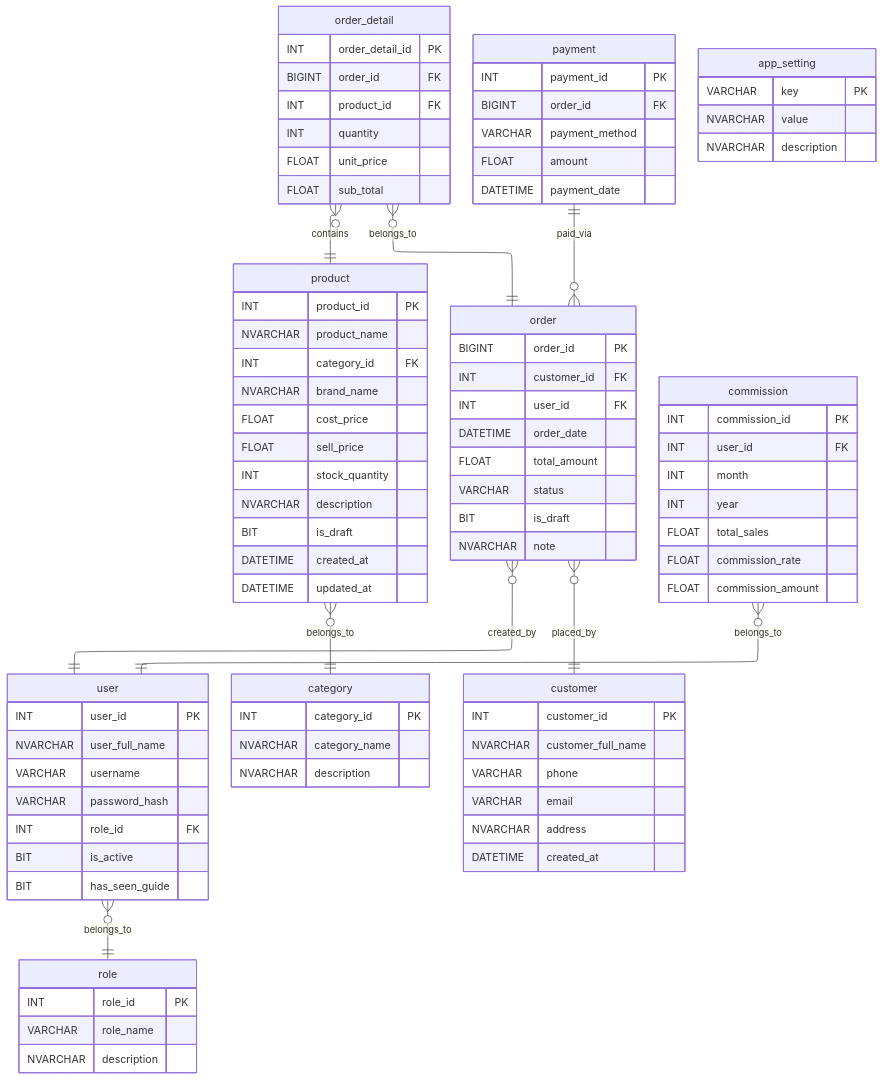
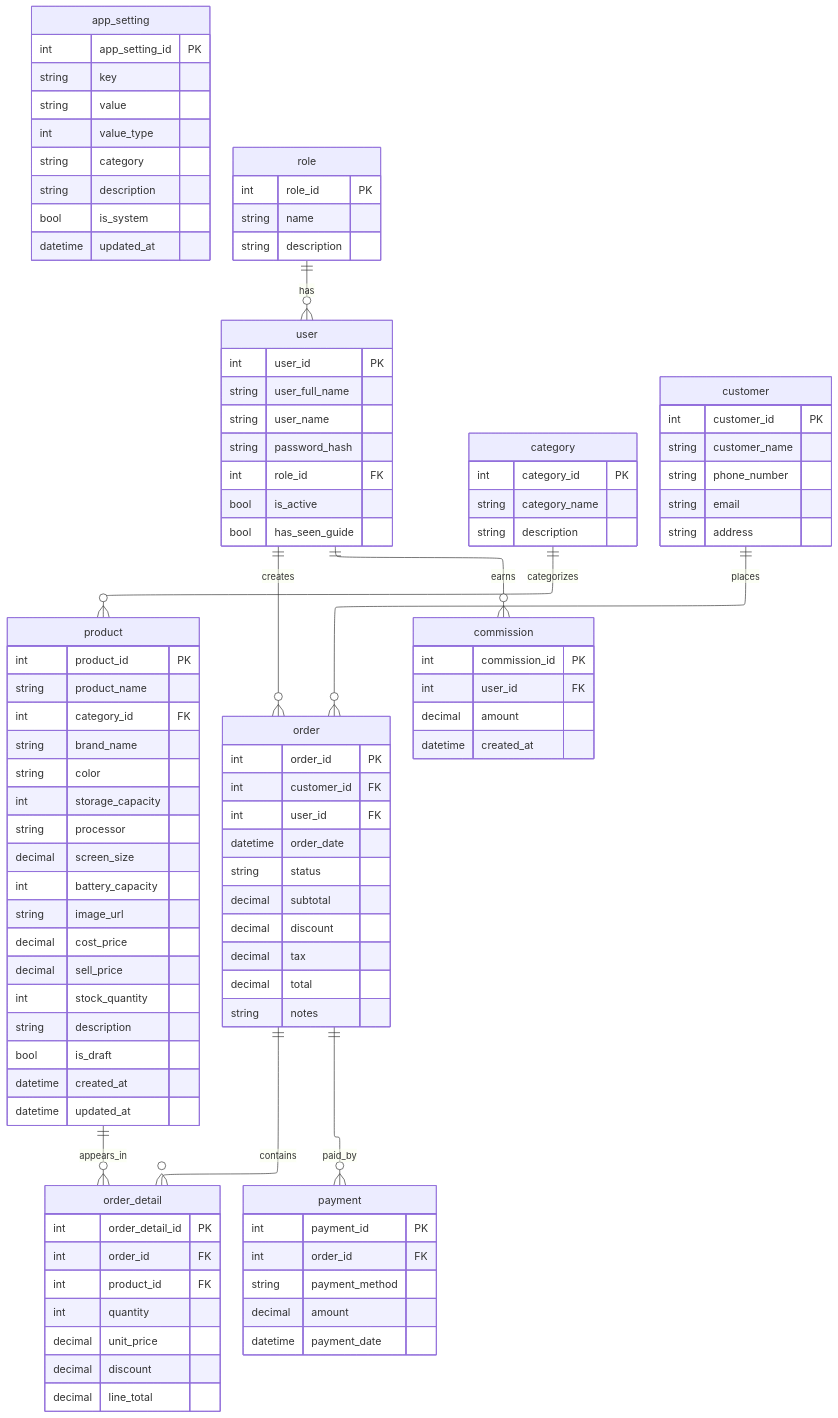
One commit to tranquocvy/window-shop-docs changed the diagram in design_docs/database_ERD.md. Above: the diagram before and after it, drawn with Mermaid. The commit also changed other lines of this file and 2 other files, not shown here.

Commit message:
update database

````diff
--- a/design_docs/database_ERD.md
+++ b/design_docs/database_ERD.md
@@ -5,93 +4,112 @@
   layout: elk
 ---
 erDiagram
+    app_setting {
+        int app_setting_id PK
+        string key
+        string value
+        int value_type
+        string category
+        string description
+        bool is_system
+        datetime updated_at
+    }
+
+    role {
+        int role_id PK
+        string name
+        string description
+    }
+
     user {
-        INT user_id PK
-        NVARCHAR user_full_name
-        VARCHAR username
-        VARCHAR password_hash
-        INT role_id FK
-        BIT is_active
-        BIT has_seen_guide
+        int user_id PK
+        string user_full_name
+        string user_name
+        string password_hash
+        int role_id FK
+        bool is_active
+        bool has_seen_guide
     }
-    role {
-        INT role_id PK
-        VARCHAR role_name
-        NVARCHAR description
+
+    category {
+        int category_id PK
+        string category_name
+        string description
     }
-    category {
-        INT category_id PK
-        NVARCHAR category_name
-        NVARCHAR description
+
+    product {
+        int product_id PK
+        string product_name
+        int category_id FK
+        string brand_name
+        string color
+        int storage_capacity
+        string processor
+        decimal screen_size
+        int battery_capacity
+        string image_url
+        decimal cost_price
+        decimal sell_price
+        int stock_quantity
+        string description
+        bool is_draft
+        datetime created_at
+        datetime updated_at
     }
-    product {
-        INT product_id PK
-        NVARCHAR product_name
-        INT category_id FK
-        NVARCHAR brand_name
-        FLOAT cost_price
-        FLOAT sell_price
-        INT stock_quantity
-        NVARCHAR description
-        BIT is_draft
-        DATETIME created_at
-        DATETIME updated_at
+
+    customer {
+        int customer_id PK
+        string customer_name
+        string phone_number
+        string email
+        string address
     }
-    customer {
-        INT customer_id PK
-        NVARCHAR customer_full_name
-        VARCHAR phone
-        VARCHAR email
-        NVARCHAR address
-        DATETIME created_at
+
+    order {
+        int order_id PK
+        int customer_id FK
+        int user_id FK
+        datetime order_date
+        string status
+        decimal subtotal
+        decimal discount
+        decimal tax
+        decimal total
+        string notes
     }
-    order {
-        BIGINT order_id PK
-        INT customer_id FK
-        INT user_id FK
-        DATETIME order_date
-        FLOAT total_amount
-        VARCHAR status
-        BIT is_draft
-        NVARCHAR note
+
+    order_detail {
+        int order_detail_id PK
+        int order_id FK
+        int product_id FK
+        int quantity
+        decimal unit_price
+        decimal discount
+        decimal line_total
     }
-    order_detail {
-        INT order_detail_id PK
-        BIGINT order_id FK
-        INT product_id FK
-        INT quantity
-        FLOAT unit_price
-        FLOAT sub_total
+
+    payment {
+        int payment_id PK
+        int order_id FK
+        string payment_method
+        decimal amount
+        datetime payment_date
     }
-    payment {
-        INT payment_id PK
-        BIGINT order_id FK
-        VARCHAR payment_method
-        FLOAT amount
-        DATETIME payment_date
-    }
-    app_setting {
-        VARCHAR key PK
-        NVARCHAR value
-        NVARCHAR description
-    }
+
     commission {
-        INT commission_id PK
-        INT user_id FK
-        INT month
-        INT year
-        FLOAT total_sales
-        FLOAT commission_rate
-        FLOAT commission_amount
+        int commission_id PK
+        int user_id FK
+        decimal amount
+        datetime created_at
     }
 
     %% Relationships
-    user }o--|| role : belongs_to
-    product }o--|| category : belongs_to
-    order }o--|| customer : placed_by
-    order }o--|| user : created_by
-    order_detail }o--|| order : belongs_to
-    order_detail }o--|| product : contains
-    payment ||--o{ order : paid_via
-    commission }o--|| user : belongs_to
+    role ||--o{ user : has
+    user ||--o{ order : creates
+    customer ||--o{ order : places
+    category ||--o{ product : categorizes
+    product ||--o{ order_detail : appears_in
+    order ||--o{ order_detail : contains
+    order ||--o{ payment : paid_by
+    user ||--o{ commission : earns
 ```
````
